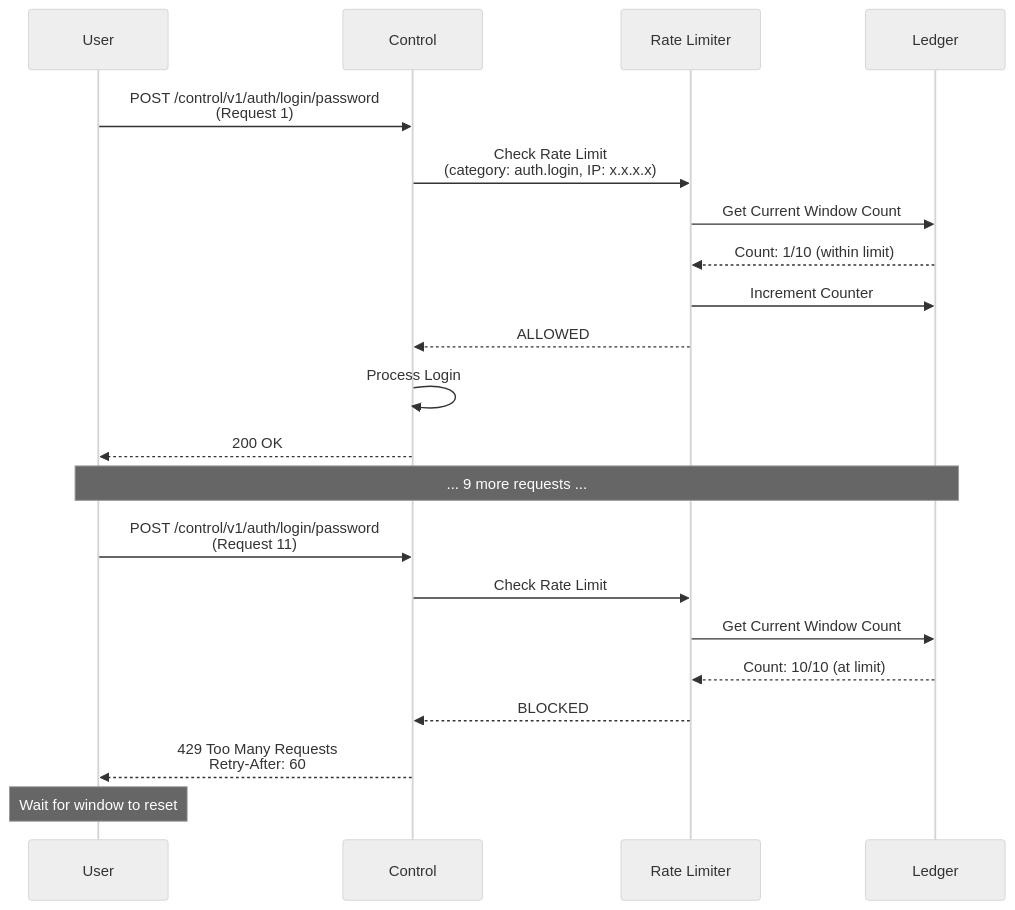
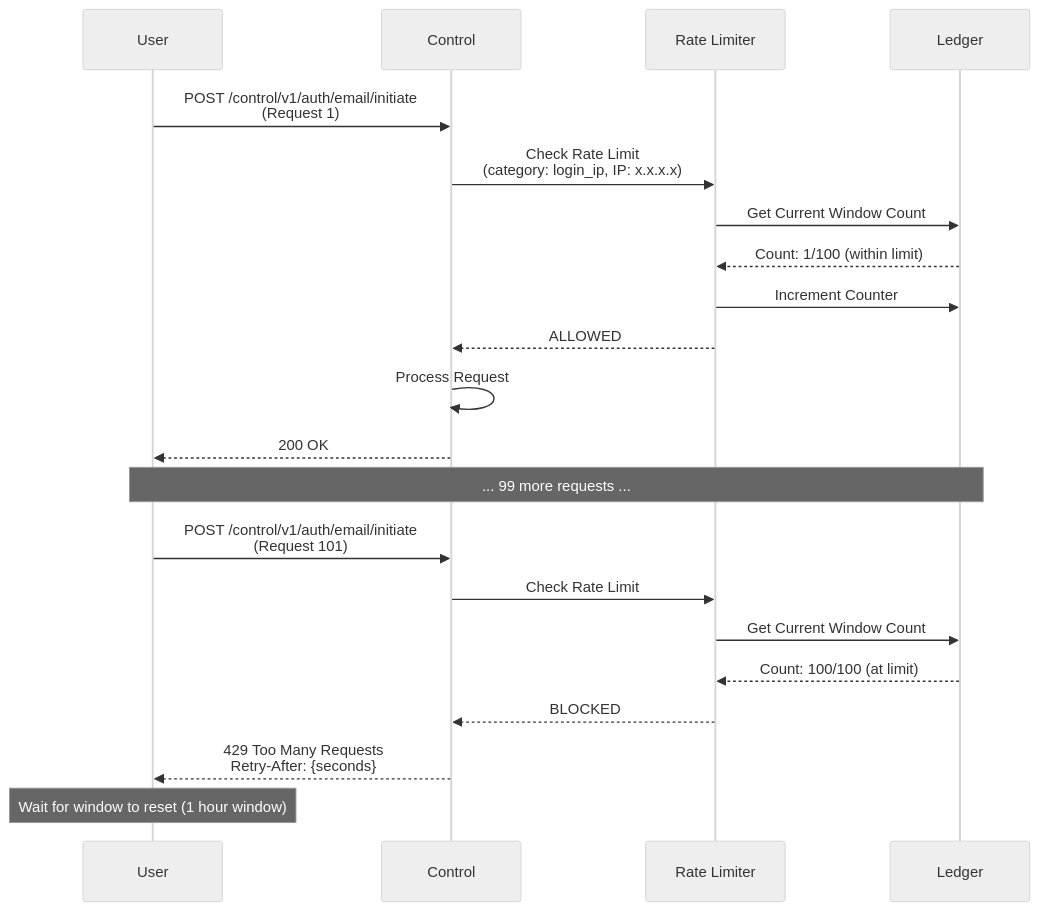
One commit to inferadb/control changed the tenth of 10 diagrams in docs/flows.md. Above: the diagram before and after it, drawn with Mermaid (neutral theme). The commit also changed other lines of this file and 46 other files, not shown here.

````diff
--- a/docs/flows.md
+++ b/docs/flows.md
@@ -477,33 +318,33 @@
 ```mermaid
 sequenceDiagram
     participant User
     participant API as Control
     participant RateLimit as Rate Limiter
     participant DB as Ledger
 
-    User->>API: POST /control/v1/auth/login/password<br/>(Request 1)
+    User->>API: POST /control/v1/auth/email/initiate<br/>(Request 1)
 
-    API->>RateLimit: Check Rate Limit<br/>(category: auth.login, IP: x.x.x.x)
+    API->>RateLimit: Check Rate Limit<br/>(category: login_ip, IP: x.x.x.x)
     RateLimit->>DB: Get Current Window Count
-    DB-->>RateLimit: Count: 1/10 (within limit)
+    DB-->>RateLimit: Count: 1/100 (within limit)
 
     RateLimit->>DB: Increment Counter
     RateLimit-->>API: ALLOWED
 
-    API->>API: Process Login
+    API->>API: Process Request
     API-->>User: 200 OK
 
-    Note over User,DB: ... 9 more requests ...
+    Note over User,DB: ... 99 more requests ...
 
-    User->>API: POST /control/v1/auth/login/password<br/>(Request 11)
+    User->>API: POST /control/v1/auth/email/initiate<br/>(Request 101)
 
     API->>RateLimit: Check Rate Limit
     RateLimit->>DB: Get Current Window Count
-    DB-->>RateLimit: Count: 10/10 (at limit)
+    DB-->>RateLimit: Count: 100/100 (at limit)
 
     RateLimit-->>API: BLOCKED
 
-    API-->>User: 429 Too Many Requests<br/>Retry-After: 60
+    API-->>User: 429 Too Many Requests<br/>Retry-After: {seconds}
 
-    Note over User: Wait for window to reset
+    Note over User: Wait for window to reset (1 hour window)
 ```
````
